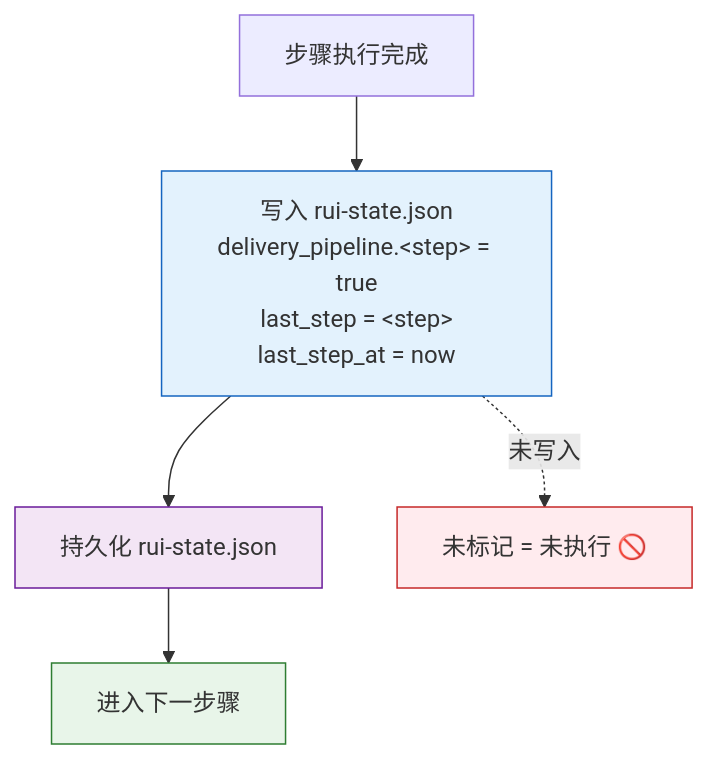
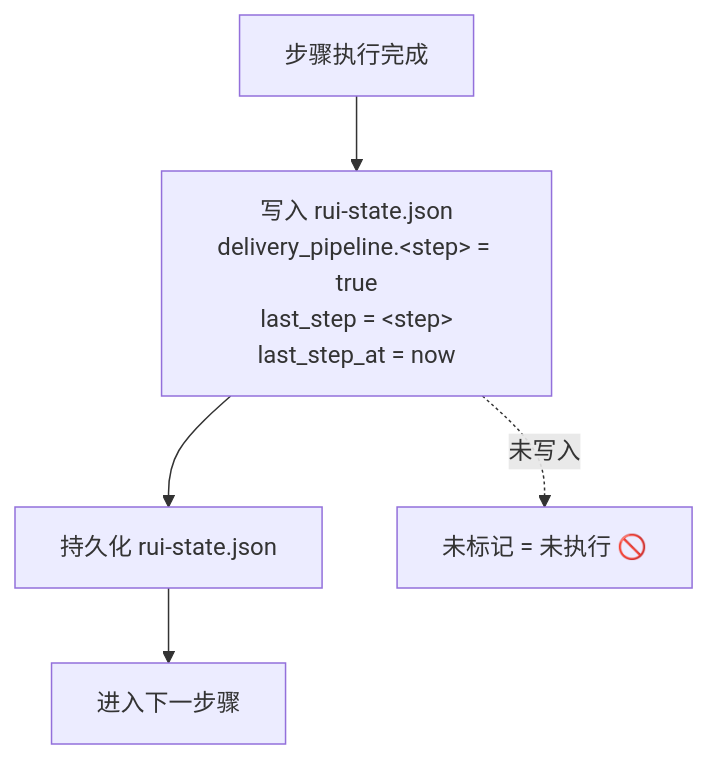
Before and after one commit to effiy/YrY: the seventh of 10 diagrams in rules/delivery-gate.md, drawn with Mermaid. The commit also changed other lines of this file and 61 other files, not shown here.

````diff
--- a/rules/delivery-gate.md
+++ b/rules/delivery-gate.md
@@ -194,12 +171,8 @@
 ```mermaid
 flowchart TD
     EXEC["步骤执行完成"] --> CALL["写入 rui-state.json<br/>delivery_pipeline.&lt;step&gt; = true<br/>last_step = &lt;step&gt;<br/>last_step_at = now"]:::api
     CALL --> WRITE["持久化 rui-state.json"]:::state
     WRITE --> NEXT["进入下一步骤"]:::next
     CALL -.->|"未写入"| VIOL["未标记 = 未执行 🚫"]:::block
 
-    classDef api fill:#e3f2fd,stroke:#1565c0;
-    classDef state fill:#f3e5f5,stroke:#6a1b9a;
-    classDef next fill:#e8f5e9,stroke:#2e7d32;
-    classDef block fill:#ffebee,stroke:#c62828;
 ```
````
